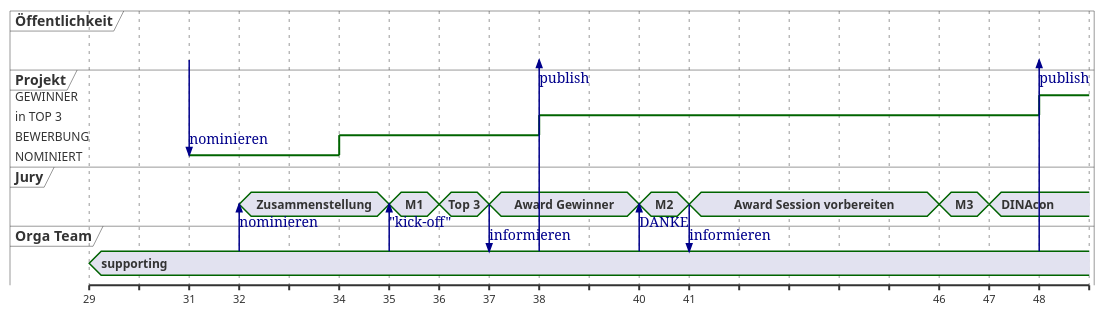
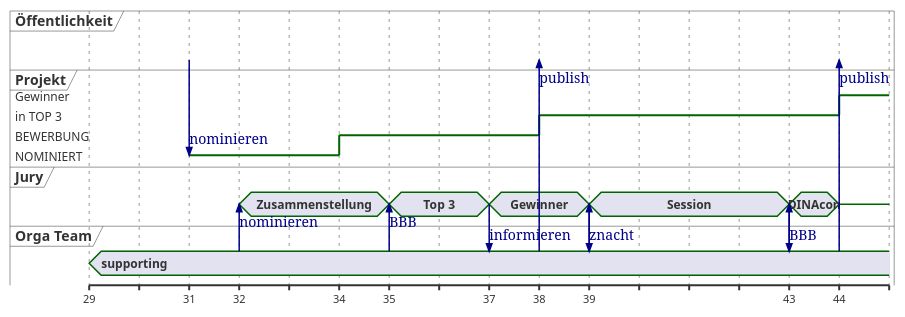
Before and after one commit to DINAcon/awards: the diagram in timing.puml, drawn with PlantUML.

Commit message:
Tighten schedule to meet actual weeks

```diff
--- a/timing.puml
+++ b/timing.puml
@@ -1,53 +1,47 @@
 @startuml
 concise "Öffentlichkeit" as public
 robust "Projekt" as proj
 concise "Jury" as jury
 concise "Orga Team" as orga
 
 @29
 orga is supporting
 
 @+2
 proj is NOMINIERT
 public -> proj : nominieren
 
 @+1
 orga -> jury : nominieren
 jury is Zusammenstellung
 
 @+2
 proj is BEWERBUNG
 
 @+1
-jury is "M1"
-orga -> jury : "kick-off"
+jury is "Top 3"
+orga -> jury : BBB
 
-@+1
-jury is "Top 3"
-
-@+1
-jury is "Award Gewinner"
+@+2
+jury is "Gewinner"
 jury -> orga : informieren
 
 @+1
 proj is "in TOP 3"
 orga -> public : publish
 
-@+2
-orga -> jury : DANKE
-jury is "M2"
+@+1
+jury is "Session"
+orga -> jury
+jury -> orga : znacht
 
-@+1
-jury -> orga : informieren
-jury is "Award Session vorbereiten"
-
-@+5
-jury is "M3"
-
-@+1
+@+4
+orga -> jury
+jury -> orga : BBB
 jury is "DINAcon"
 
 @+1
-proj is GEWINNER
+proj is Gewinner
 orga -> public : publish
+jury is {-}
 @enduml
```
